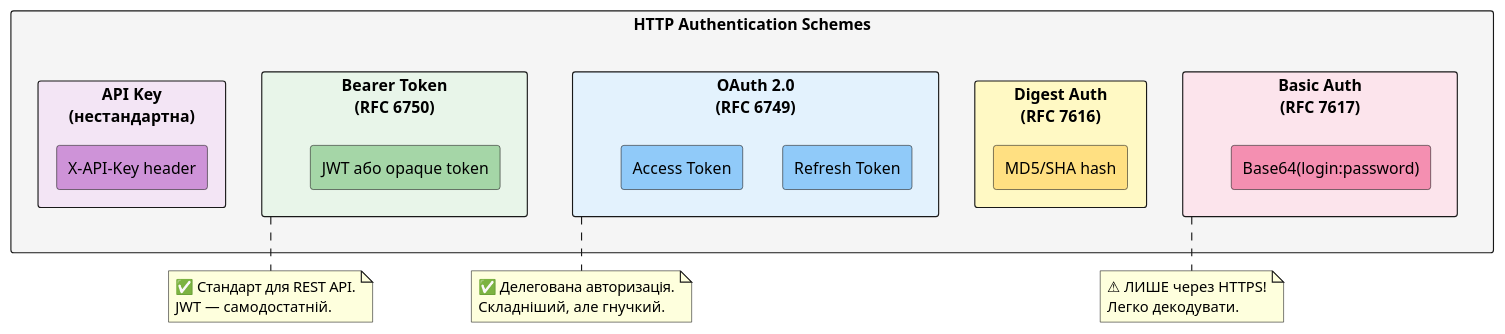
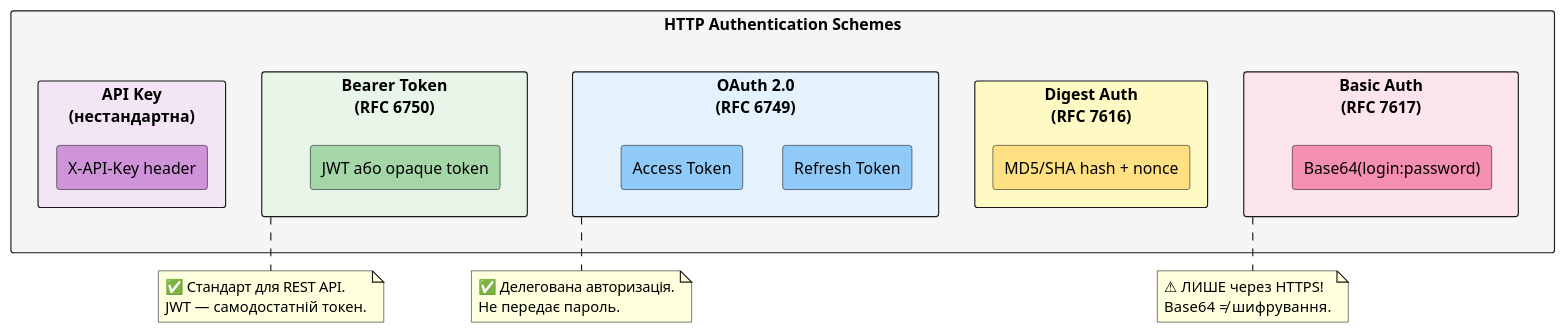
One commit to UTUBMIR/kostyl.dev changed the sixth of 18 diagrams in content/01.csharp/13.network-programming/08.http-advanced.md. Above: the diagram before and after it, drawn with PlantUML. The commit also changed other lines of this file and 2 other files, not shown here.

````diff
--- a/content/01.csharp/13.network-programming/08.http-advanced.md
+++ b/content/01.csharp/13.network-programming/08.http-advanced.md
@@ -316,47 +535,47 @@
 ```plantuml
 @startuml
 skinparam style plain
 skinparam backgroundColor #ffffff
 
 rectangle "HTTP Authentication Schemes" #f5f5f5 {
 
     rectangle "Basic Auth\n(RFC 7617)" as basic #fce4ec {
         rectangle "Base64(login:password)" as b64 #f48fb1
     }
 
     rectangle "Digest Auth\n(RFC 7616)" as digest #fff9c4 {
-        rectangle "MD5/SHA hash" as md5 #ffe082
+        rectangle "MD5/SHA hash + nonce" as md5 #ffe082
     }
 
     rectangle "Bearer Token\n(RFC 6750)" as bearer #e8f5e9 {
         rectangle "JWT або opaque token" as jwt #a5d6a7
     }
 
     rectangle "OAuth 2.0\n(RFC 6749)" as oauth #e3f2fd {
         rectangle "Access Token" as at #90caf9
         rectangle "Refresh Token" as rt #90caf9
         at -[hidden]right-> rt
     }
 
     rectangle "API Key\n(нестандартна)" as apikey #f3e5f5 {
         rectangle "X-API-Key header" as xapi #ce93d8
     }
 }
 
 note bottom of basic
   ⚠ ЛИШЕ через HTTPS!
-  Легко декодувати.
+  Base64 ≠ шифрування.
 end note
 
 note bottom of bearer
   ✅ Стандарт для REST API.
-  JWT — самодостатній.
+  JWT — самодостатній токен.
 end note
 
 note bottom of oauth
   ✅ Делегована авторизація.
-  Складніший, але гнучкий.
+  Не передає пароль.
 end note
 
 @enduml
 ```
````
